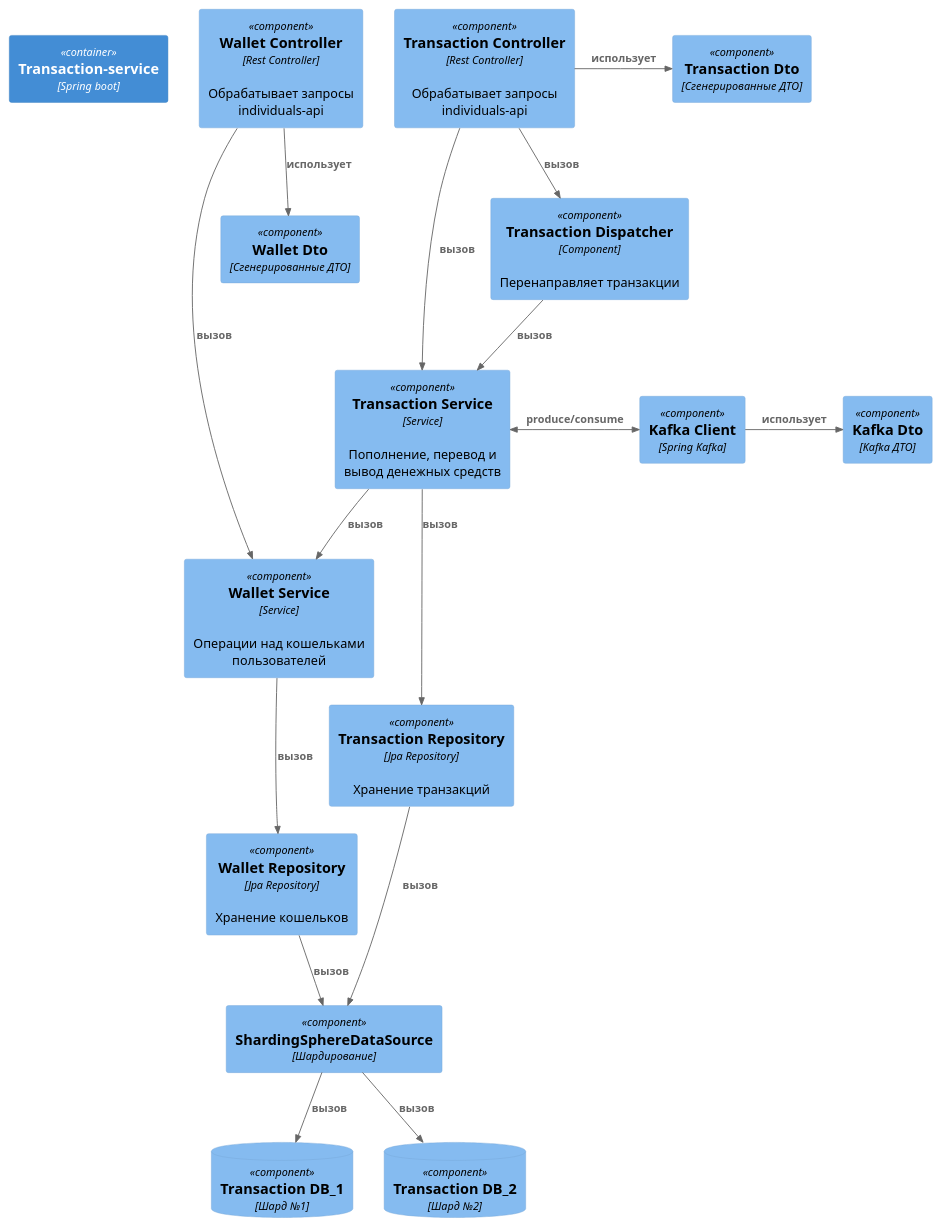
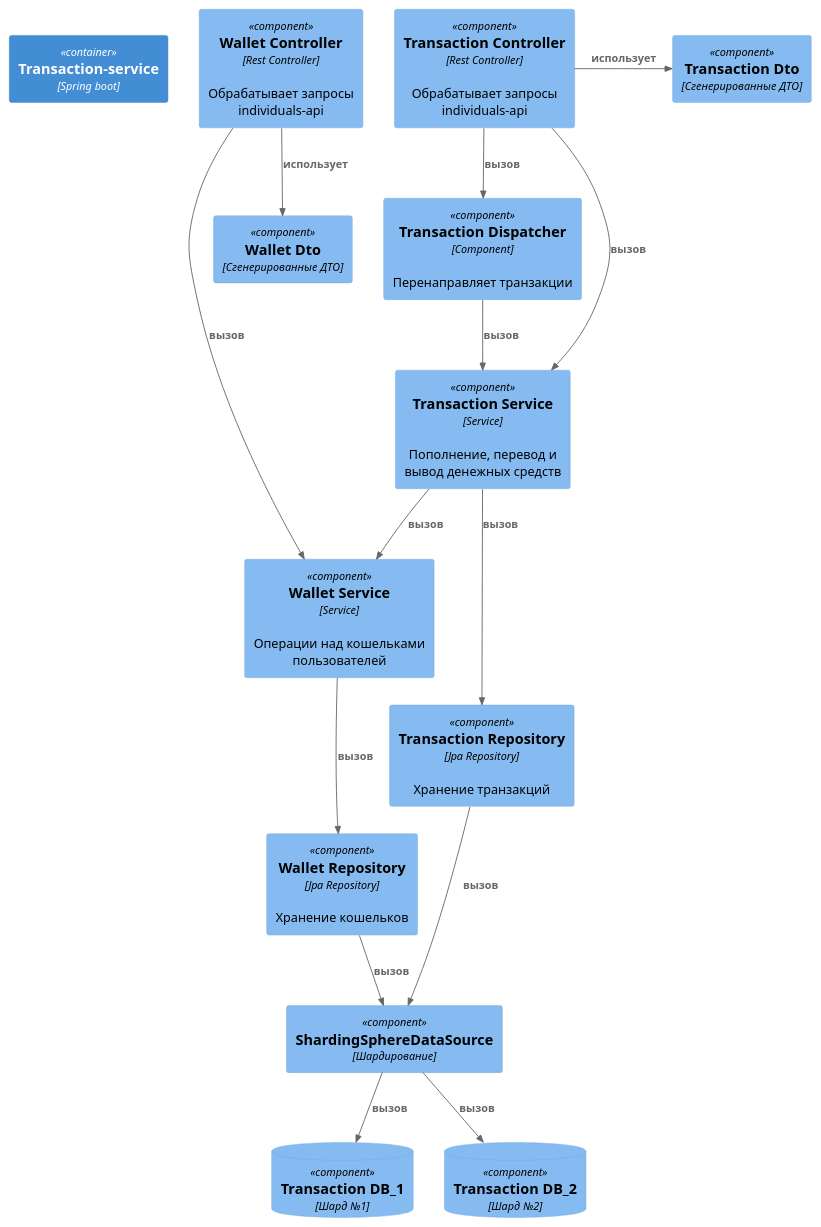
Before and after one commit to diamam90/payment-system: the diagram in diagram/transaction-service-component.puml, drawn with PlantUML. The commit also changed 22 other files, not shown here.

Commit message:
Поправил диаграммы и удалил взаимодействие с кафкой

```diff
--- a/diagram/transaction-service-component.puml
+++ b/diagram/transaction-service-component.puml
@@ -1,49 +1,44 @@
 @startuml
 !includeurl https://raw.githubusercontent.com/plantuml-stdlib/C4-PlantUML/master/C4_Component.puml
 
 Container(ts,"Transaction-service","Spring boot")
 
 Component(tsController, "Transaction Controller", "Rest Controller", "Обрабатывает запросы individuals-api")
 Component(wsController, "Wallet Controller", "Rest Controller", "Обрабатывает запросы individuals-api")
 Component(tsDispatcher, "Transaction Dispatcher", "Component", "Перенаправляет транзакции")
 Component(tsService,"Transaction Service","Service","Пополнение, перевод и  вывод денежных средств")
 Component(wsService, "Wallet Service", "Service", "Операции над кошельками пользователей")
-Component(kafka,"Kafka Client","Spring Kafka")
 ComponentDb(db1,"Transaction DB_1","Шард №1")
 ComponentDb(db2,"Transaction DB_2","Шард №2")
 
 Component(tsRepo, "Transaction Repository","Jpa Repository", "Хранение транзакций")
 Component(wRepo, "Wallet Repository", "Jpa Repository","Хранение кошельков")
 Component(shard,"ShardingSphereDataSource","Шардирование")
 
 Component(tsDto, "Transaction Dto", "Сгенерированные ДТО")
 Component(wsDto, "Wallet Dto", "Сгенерированные ДТО")
-Component(kafkaDto, "Kafka Dto", "Kafka ДТО")
+
 
 Lay_R(ts, wsController)
 Lay_R(wsController, tsController)
 Lay_D(wRepo, shard)
 Lay_D(shard, db1)
 Lay_R(db1,db2)
 
 Rel(wsController, wsService, "вызов")
 Rel(tsController, tsService, "вызов")
 Rel(tsController, tsDispatcher, "вызов")
 Rel(tsDispatcher, tsService, "вызов")
 Rel(tsService, wsService, "вызов")
 
 Rel(wsService, wRepo, "вызов")
 Rel(tsService, tsRepo, "вызов")
 Rel(wRepo,shard, "вызов")
 Rel(tsRepo,shard, "вызов")
 Rel(shard,db1,"вызов")
 Rel(shard,db2,"вызов")
 
-Rel_R(kafka, kafkaDto, "использует")
 Rel_R(tsController, tsDto, "использует")
 Rel(wsController, wsDto, "использует")
 
-
-BiRel_R(tsService, kafka,"produce/consume")
-
 @enduml
```
